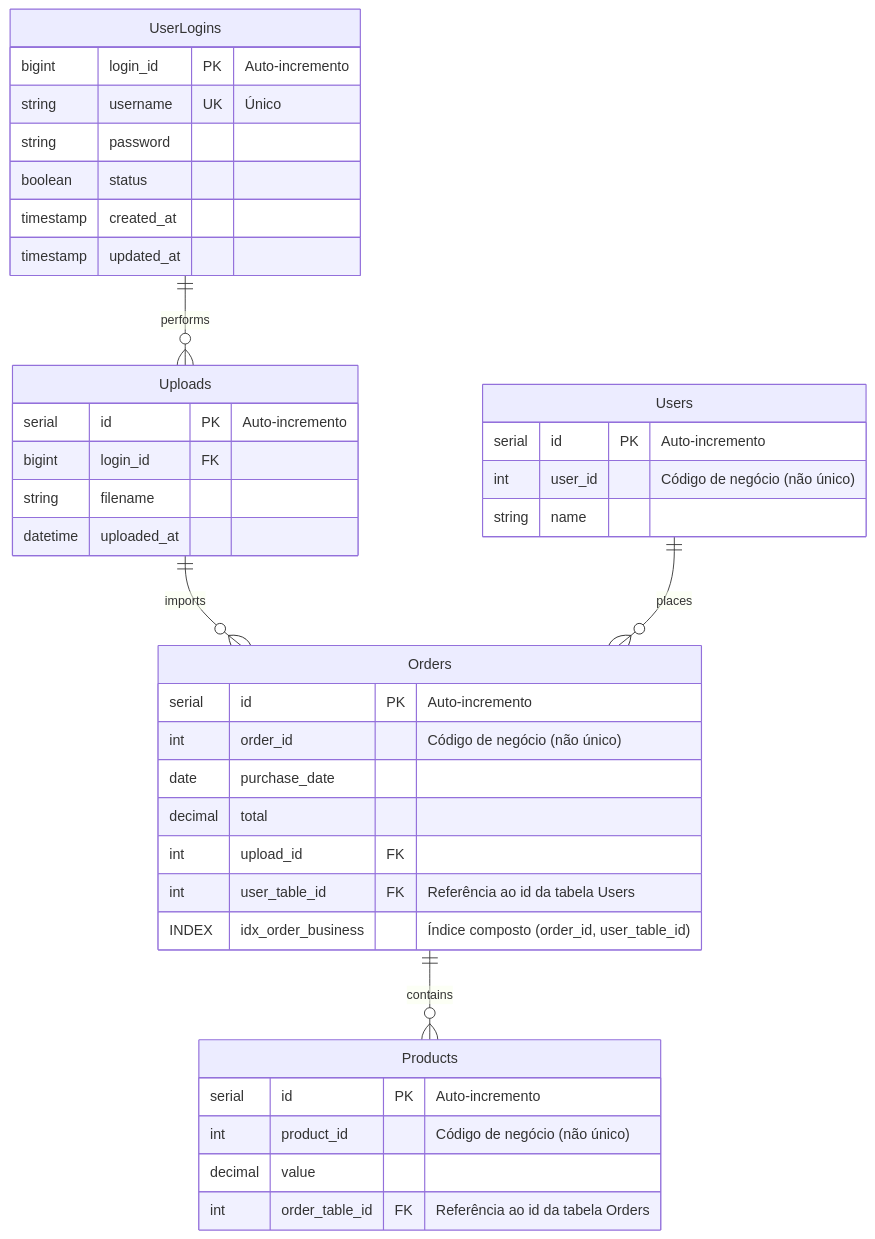
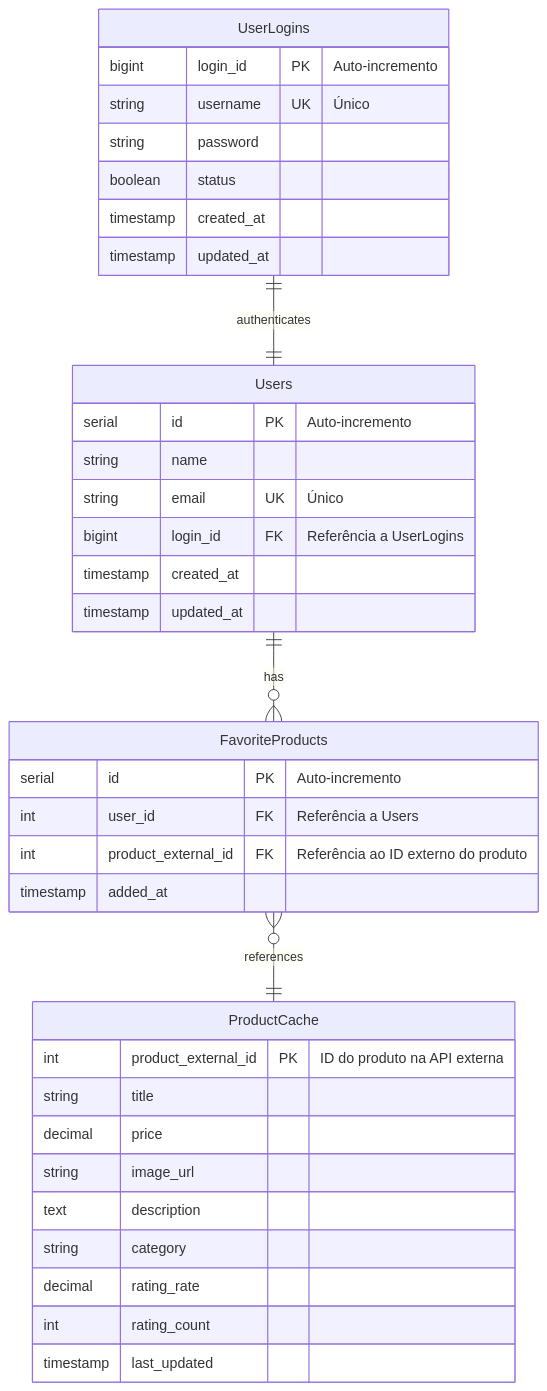
The diagram in docs/Mermaid/Diagrama-Entidade-Relacionamento.mmd (HigorJardini/Teste-LuizaLabs-Aiqfome), drawn with Mermaid before and after one commit. The commit also changed 113 other files, not shown here.

Commit message:
Implementa nova regra de negócio para gerenciamento de usuários, favoritos e cache de produtos baseada na estrutura do projeto

```diff
--- a/docs/Mermaid/Diagrama-Entidade-Relacionamento.mmd
+++ b/docs/Mermaid/Diagrama-Entidade-Relacionamento.mmd
@@ -1,44 +1,41 @@
 erDiagram
   UserLogins {
     bigint login_id PK "Auto-incremento"
     string username UK "Único"
     string password
     boolean status
     timestamp created_at
     timestamp updated_at
   }
 
   Users {
     serial id PK "Auto-incremento"
-    int user_id "Código de negócio (não único)"
     string name
+    string email UK "Único"
+    bigint login_id FK "Referência a UserLogins"
+    timestamp created_at
+    timestamp updated_at
   }
 
-  Uploads {
+  FavoriteProducts {
     serial id PK "Auto-incremento"
-    bigint login_id FK
-    string filename
-    datetime uploaded_at
+    int user_id FK "Referência a Users"
+    int product_external_id FK "Referência ao ID externo do produto"
+    timestamp added_at
   }
 
-  Orders {
-    serial id PK "Auto-incremento"
-    int order_id "Código de negócio (não único)"
-    date purchase_date
-    decimal total
-    int upload_id FK
-    int user_table_id FK "Referência ao id da tabela Users"
-    INDEX idx_order_business "Índice composto (order_id, user_table_id)"
+  ProductCache {
+    int product_external_id PK "ID do produto na API externa"
+    string title
+    decimal price
+    string image_url
+    text description
+    string category
+    decimal rating_rate
+    int rating_count
+    timestamp last_updated
   }
 
-  Products {
-    serial id PK "Auto-incremento"
-    int product_id "Código de negócio (não único)"
-    decimal value
-    int order_table_id FK "Referência ao id da tabela Orders"
-  }
-
-  UserLogins ||--o{ Uploads : performs
-  Uploads ||--o{ Orders : imports
-  Users ||--o{ Orders : places
-  Orders ||--o{ Products : contains
+  UserLogins ||--|| Users : authenticates
+  Users ||--o{ FavoriteProducts : has
+  FavoriteProducts }o--|| ProductCache : references
```
